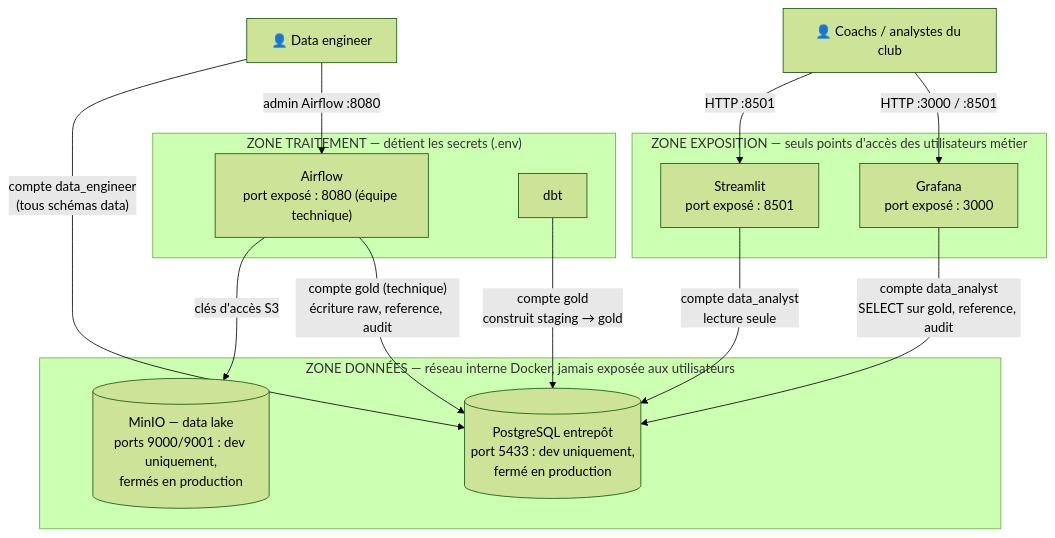
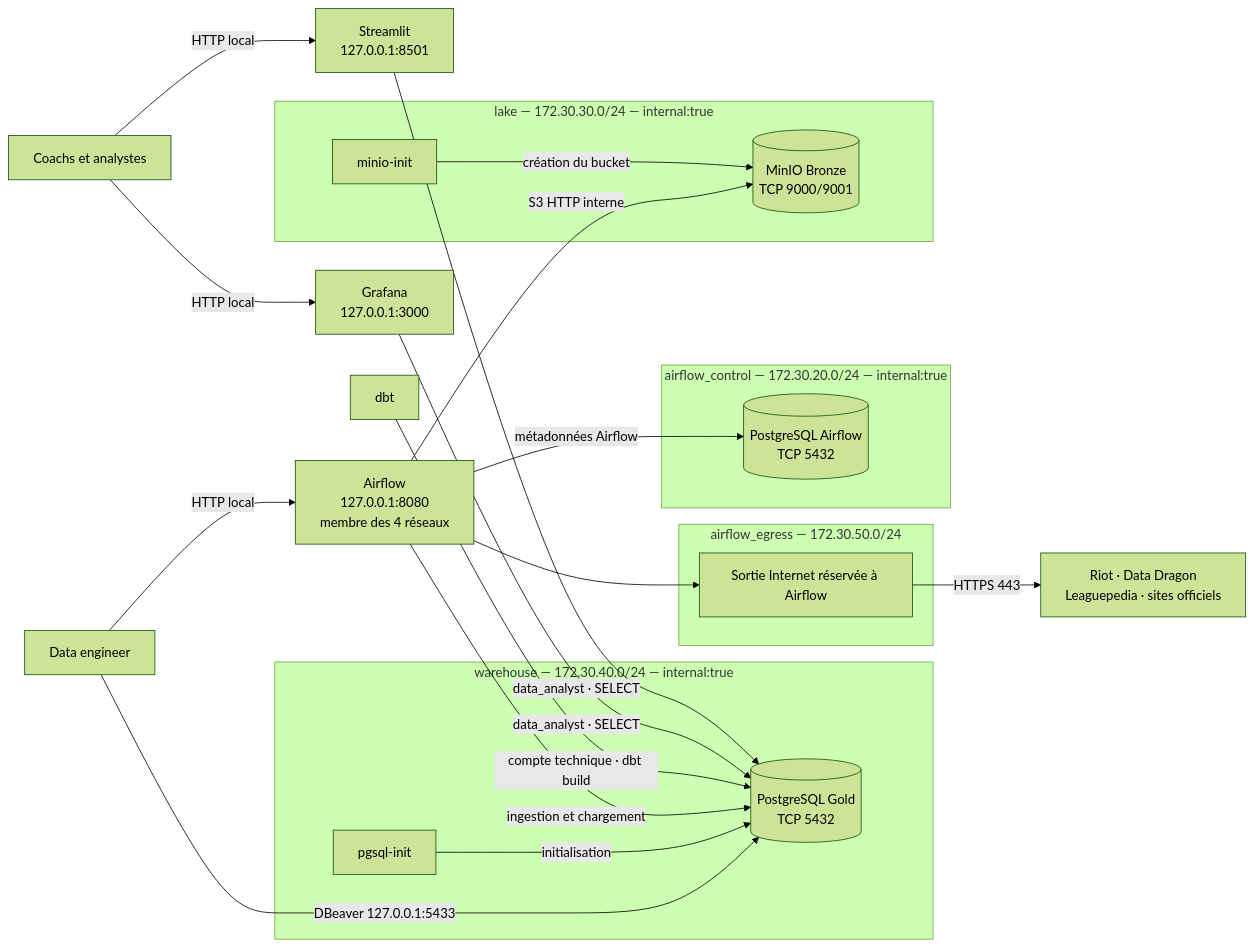
Before and after one commit to Randil12/MyLeague: the fifth of 5 diagrams in README.md, drawn with Mermaid (forest theme). The commit also changed other lines of this file, not shown here.

````diff
--- a/README.md
+++ b/README.md
@@ -281,31 +392,45 @@
 ```mermaid
-flowchart TB
-    COACH["👤 Coachs / analystes du club"]
-    ENG["👤 Data engineer"]
+flowchart LR
+    USER["Coachs et analystes"]
+    ADMIN["Data engineer"]
+    SOURCES["Riot · Data Dragon<br/>Leaguepedia · sites officiels"]
 
-    subgraph Z1["ZONE EXPOSITION — seuls points d'accès des utilisateurs métier"]
-        GRAF["Grafana<br/>port exposé : 3000"]
-        ST["Streamlit<br/>port exposé : 8501"]
+    ST["Streamlit<br/>127.0.0.1:8501"]
+    GRAF["Grafana<br/>127.0.0.1:3000"]
+    AF["Airflow<br/>127.0.0.1:8080<br/>membre des 4 réseaux"]
+    DBT["dbt"]
+
+    subgraph CONTROL["airflow_control — 172.30.20.0/24 — internal:true"]
+        META[("PostgreSQL Airflow<br/>TCP 5432")]
     end
 
-    subgraph Z2["ZONE TRAITEMENT — détient les secrets (.env)"]
-        AF["Airflow<br/>port exposé : 8080 (équipe technique)"]
-        DBT["dbt"]
+    subgraph LAKE["lake — 172.30.30.0/24 — internal:true"]
+        MINIO[("MinIO Bronze<br/>TCP 9000/9001")]
+        MINIOINIT["minio-init"]
     end
 
-    subgraph Z3["ZONE DONNÉES — réseau interne Docker, jamais exposée aux utilisateurs"]
-        PG[("PostgreSQL entrepôt<br/>port 5433 : dev uniquement,<br/>fermé en production")]
-        MINIO[("MinIO — data lake<br/>ports 9000/9001 : dev uniquement,<br/>fermés en production")]
+    subgraph WAREHOUSE["warehouse — 172.30.40.0/24 — internal:true"]
+        PG[("PostgreSQL Gold<br/>TCP 5432")]
+        PGSQLINIT["pgsql-init"]
     end
 
-    COACH -->|"HTTP :3000 / :8501"| GRAF
-    COACH -->|"HTTP :8501"| ST
-    ENG -->|"admin Airflow :8080"| AF
-    ENG -->|"compte data_engineer<br/>(tous schémas data)"| PG
+    subgraph EGRESS["airflow_egress — 172.30.50.0/24"]
+        OUT["Sortie Internet réservée à Airflow"]
+    end
 
-    GRAF -->|"compte data_analyst<br/>SELECT sur gold, reference, audit"| PG
-    ST -->|"compte data_analyst<br/>lecture seule"| PG
-    AF -->|"compte gold (technique)<br/>écriture raw, reference, audit"| PG
-    DBT -->|"compte gold<br/>construit staging → gold"| PG
-    AF -->|"clés d'accès S3"| MINIO
+    USER -->|"HTTP local"| ST
+    USER -->|"HTTP local"| GRAF
+    ADMIN -->|"HTTP local"| AF
+    ADMIN -->|"DBeaver 127.0.0.1:5433"| PG
+
+    ST -->|"data_analyst · SELECT"| PG
+    GRAF -->|"data_analyst · SELECT"| PG
+    DBT -->|"compte technique · dbt build"| PG
+    AF -->|"ingestion et chargement"| PG
+    PGSQLINIT -->|"initialisation"| PG
+
+    AF -->|"S3 HTTP interne"| MINIO
+    MINIOINIT -->|"création du bucket"| MINIO
+    AF -->|"métadonnées Airflow"| META
+    AF --> OUT -->|"HTTPS 443"| SOURCES
 ```
````
